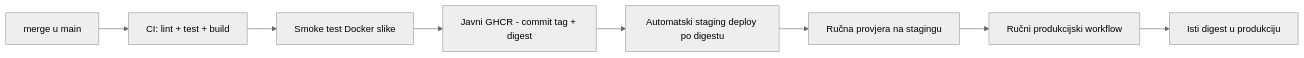
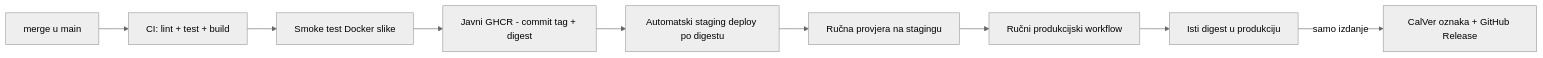
The first of 2 diagrams in docs/07-operacije/ci-cd.md (josipmestrovic/kaladont), drawn with Mermaid (neutral theme) before and after one commit. The commit also changed other lines of this file and 21 other files, not shown here.

First line of the commit message:
Dokumentirati CalVer izdanja i tiha ažuriranja

````diff
--- a/docs/07-operacije/ci-cd.md
+++ b/docs/07-operacije/ci-cd.md
@@ -7,10 +7,11 @@
 ```mermaid
 flowchart LR
     A[merge u main] --> B[CI: lint + test + build]
     B --> C[Smoke test Docker slike]
     C --> D[Javni GHCR - commit tag + digest]
     D --> E[Automatski staging deploy po digestu]
     E --> F[Ručna provjera na stagingu]
     F --> G[Ručni produkcijski workflow]
     G --> H[Isti digest u produkciju]
+    H -->|samo izdanje| I[CalVer oznaka + GitHub Release]
 ```
````
